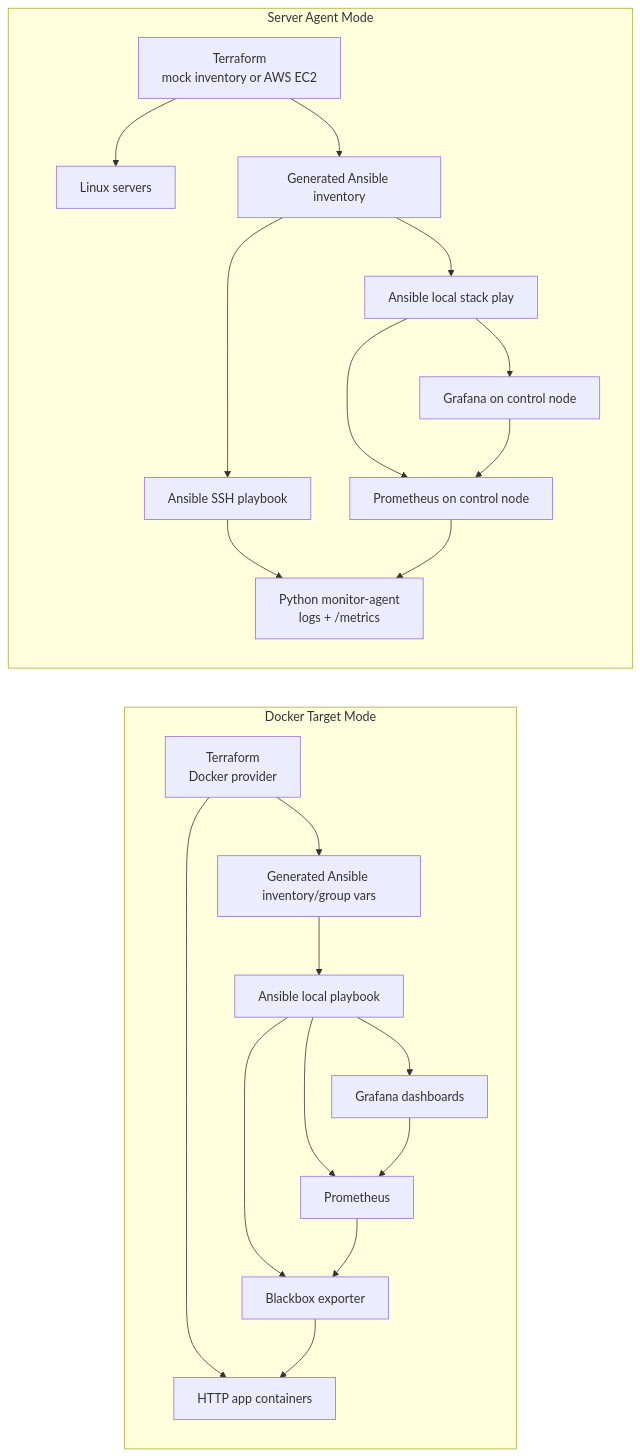
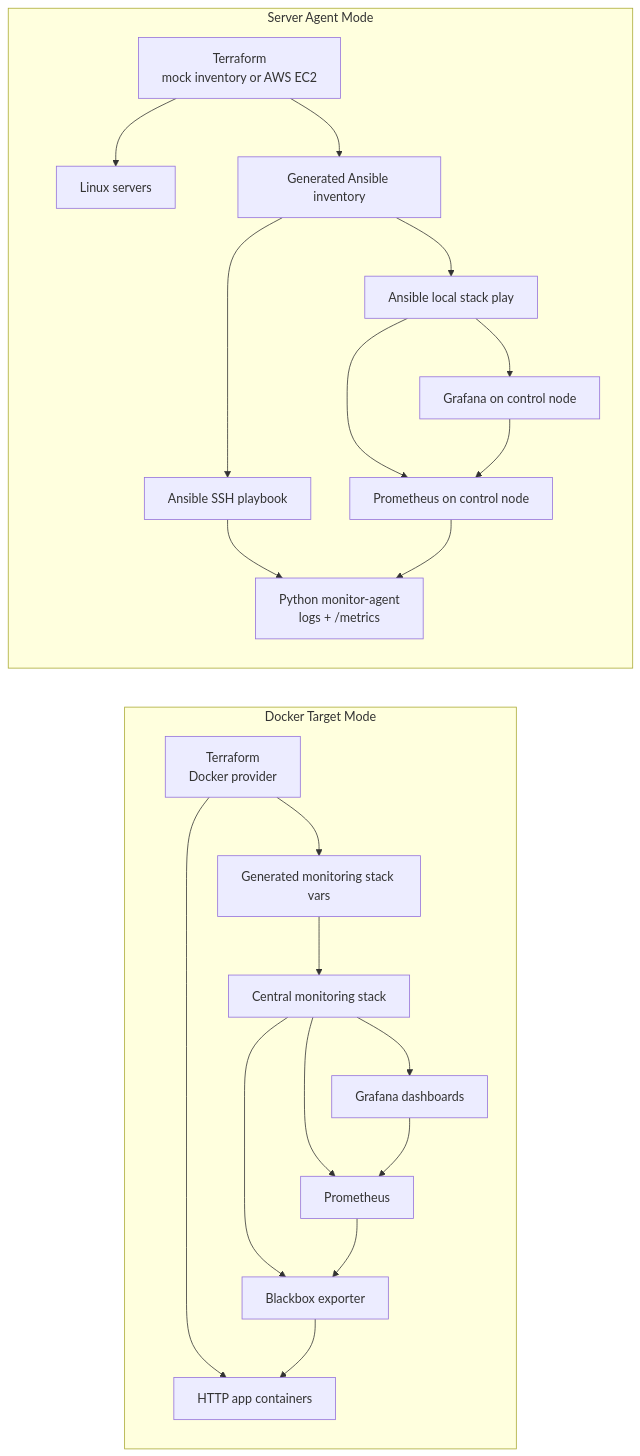
The diagram in README.md (Bikerbyte/iac-monitoring-system), drawn with Mermaid before and after one commit. The commit also changed other lines of this file and 14 other files, not shown here.

````diff
--- a/README.md
+++ b/README.md
@@ -29,26 +29,26 @@
 ```mermaid
 flowchart LR
   subgraph Docker_Mode["Docker Target Mode"]
     TFD["Terraform\nDocker provider"] --> APP["HTTP app containers"]
-    TFD --> INV["Generated Ansible inventory/group vars"]
-    INV --> ANSD["Ansible local playbook"]
-    ANSD --> BB["Blackbox exporter"]
-    ANSD --> PROMD["Prometheus"]
-    ANSD --> GRAFD["Grafana dashboards"]
+    TFD --> VARS["Generated monitoring stack vars"]
+    VARS --> STACKD["Central monitoring stack"]
+    STACKD --> BB["Blackbox exporter"]
+    STACKD --> PROMD["Prometheus"]
+    STACKD --> GRAFD["Grafana dashboards"]
     PROMD --> BB
     BB --> APP
     GRAFD --> PROMD
   end
 
   subgraph Server_Agent_Mode["Server Agent Mode"]
     TFV["Terraform\nmock inventory or AWS EC2"] --> server["Linux servers"]
     TFV --> INVV["Generated Ansible inventory"]
     INVV --> ANSV["Ansible SSH playbook"]
     ANSV --> AGENT["Python monitor-agent\nlogs + /metrics"]
     INVV --> STACK["Ansible local stack play"]
     STACK --> PROMV["Prometheus on control node"]
     STACK --> GRAFV["Grafana on control node"]
     PROMV --> AGENT
     GRAFV --> PROMV
   end
 ```
````
